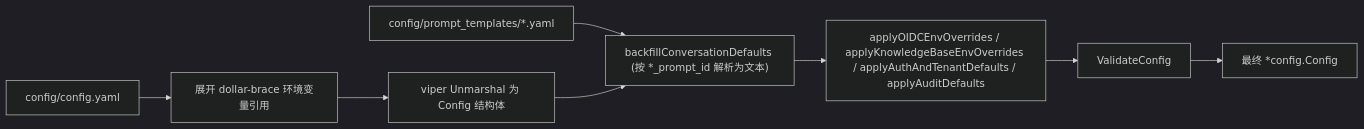
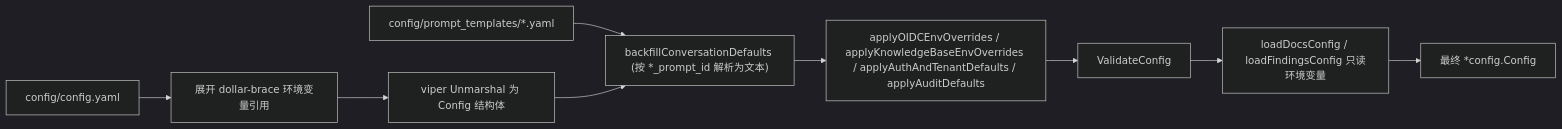
Before and after one commit to magicyuan876/Yuheng: the diagram in website-docs/01-getting-started/04-configuration.md, drawn with Mermaid (dark theme). The commit also changed other lines of this file and 11 other files, not shown here.

First line of the commit message:
docs(site): getting started and architecture checked against the code

````diff
--- a/website-docs/01-getting-started/04-configuration.md
+++ b/website-docs/01-getting-started/04-configuration.md
@@ -26,9 +27,9 @@
 ```mermaid
 flowchart LR
     Y["config/config.yaml"] --> EXP["展开 dollar-brace 环境变量引用"]
     EXP --> V["viper Unmarshal 为 Config 结构体"]
     PT["config/prompt_templates/*.yaml"] --> BF["backfillConversationDefaults (按 *_prompt_id 解析为文本)"]
     V --> BF
     BF --> OV["applyOIDCEnvOverrides / applyKnowledgeBaseEnvOverrides / applyAuthAndTenantDefaults / applyAuditDefaults"]
-    OV --> VC["ValidateConfig"] --> CFG["最终 *config.Config"]
+    OV --> VC["ValidateConfig"] --> ENV["loadDocsConfig / loadFindingsConfig 只读环境变量"] --> CFG["最终 *config.Config"]
 ```
````
